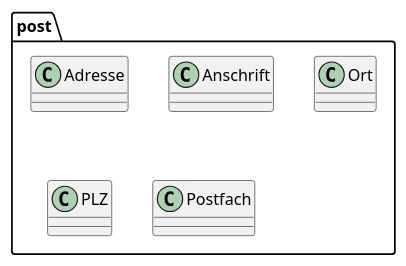
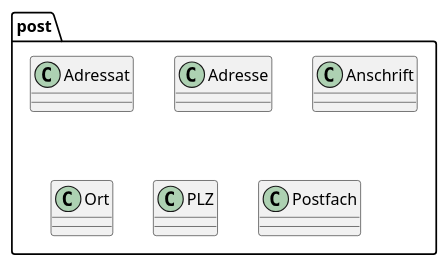
Before and after one commit to oboehm/jfachwert: the diagram in src/main/asciidoc/images/package-post.puml, drawn with PlantUML. The commit also changed 14 other files, not shown here.

```diff
--- a/src/main/asciidoc/images/package-post.puml
+++ b/src/main/asciidoc/images/package-post.puml
@@ -1,13 +1,14 @@
 @startuml
 
 package "post" {
 
+    class Adressat
     class Adresse
     class Anschrift
     class Ort
     class PLZ
     class Postfach
 
 }
 
 @enduml
```
